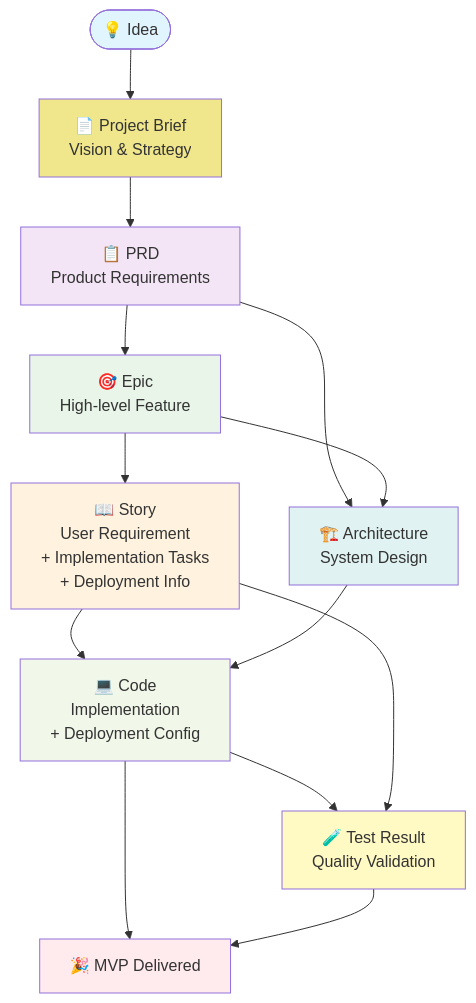
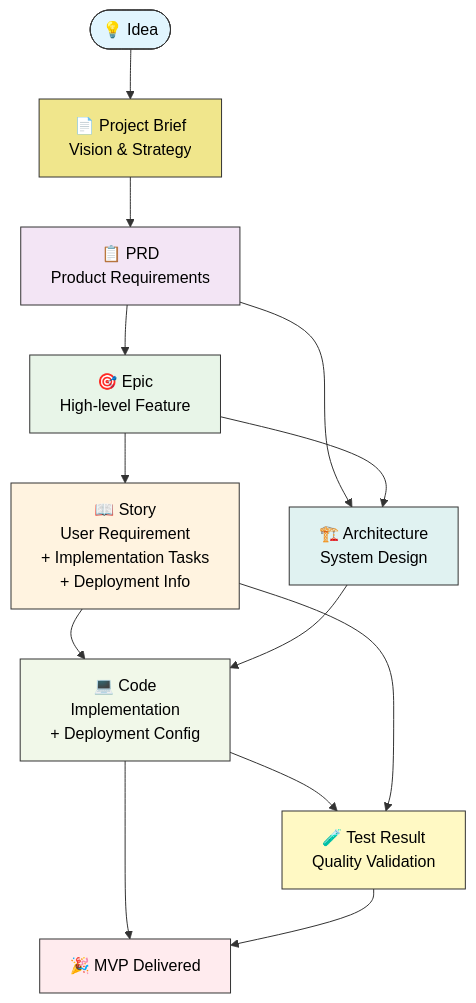
Before and after one commit to KubeRocketCI/kuberocketai: the first of 3 diagrams in docs/architecture/13-sdlc-framework.md, drawn with Mermaid. The commit also changed 6 other files, not shown here.

Commit message:
docs: Align mermaid to dark theme

````diff
--- a/docs/architecture/13-sdlc-framework.md
+++ b/docs/architecture/13-sdlc-framework.md
@@ -47,28 +47,28 @@
 ```mermaid
 graph TD
     Idea([💡 Idea]) --> Brief[📄 Project Brief<br/>Vision & Strategy]
     Brief --> PRD[📋 PRD<br/>Product Requirements]
     PRD --> Epic[🎯 Epic<br/>High-level Feature]
     Epic --> Story[📖 Story<br/>User Requirement<br/>+ Implementation Tasks<br/>+ Deployment Info]
 
     PRD --> Arch[🏗️ Architecture<br/>System Design]
     Epic --> Arch
     Story --> Code[💻 Code<br/>Implementation<br/>+ Deployment Config]
     Arch --> Code
 
     Code --> Test[🧪 Test Result<br/>Quality Validation]
     Story --> Test
 
     Code --> MVP[🎉 MVP Delivered]
     Test --> MVP
 
-    style Idea fill:#e1f5fe
-    style Brief fill:#f0e68c
-    style PRD fill:#f3e5f5
-    style Epic fill:#e8f5e8
-    style Story fill:#fff3e0
-    style Arch fill:#e0f2f1
-    style Code fill:#f1f8e9
-    style Test fill:#fff9c4
-    style MVP fill:#ffebee
+    style Idea fill:#e1f5fe,stroke:#333,color:#000
+    style Brief fill:#f0e68c,stroke:#333,color:#000
+    style PRD fill:#f3e5f5,stroke:#333,color:#000
+    style Epic fill:#e8f5e8,stroke:#333,color:#000
+    style Story fill:#fff3e0,stroke:#333,color:#000
+    style Arch fill:#e0f2f1,stroke:#333,color:#000
+    style Code fill:#f1f8e9,stroke:#333,color:#000
+    style Test fill:#fff9c4,stroke:#333,color:#000
+    style MVP fill:#ffebee,stroke:#333,color:#000
 ```
````
